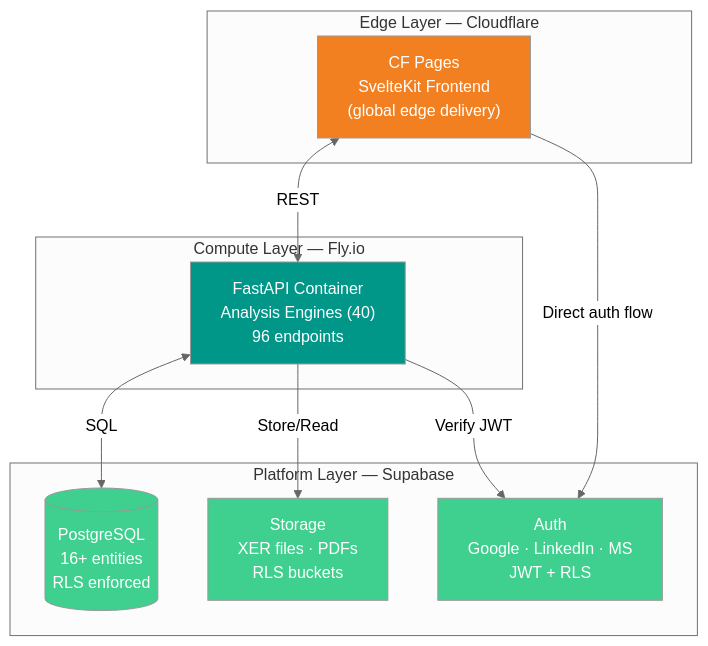
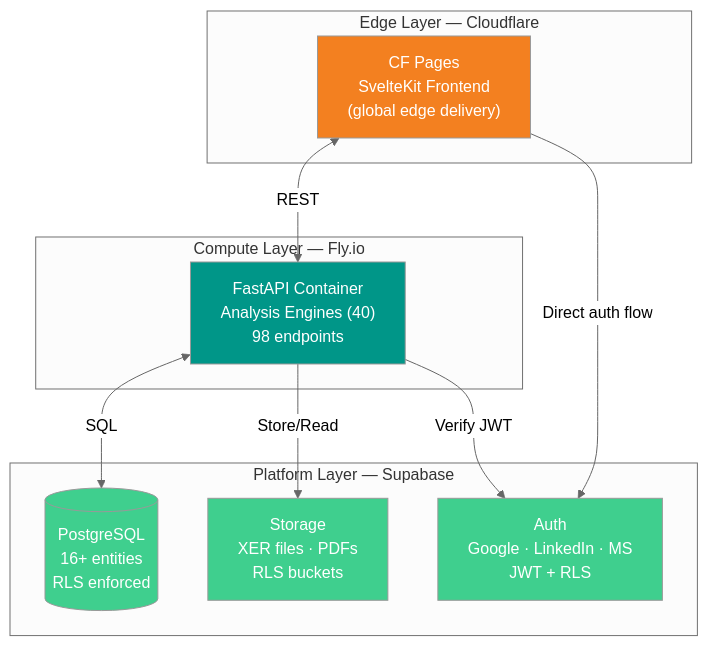
One commit to VitorMRodovalho/meridianiq changed the first of 2 diagrams in README.md. Above: the diagram before and after it, drawn with Mermaid (neutral theme). The commit also changed other lines of this file and 2 other files, not shown here.

````diff
--- a/README.md
+++ b/README.md
@@ -116,28 +116,28 @@
 ```mermaid
 graph TB
     subgraph "Edge Layer — Cloudflare"
         CF_PAGES["CF Pages<br/>SvelteKit Frontend<br/>(global edge delivery)"]
     end
 
     subgraph "Compute Layer — Fly.io"
-        FASTAPI["FastAPI Container<br/>Analysis Engines (40)<br/>96 endpoints"]
+        FASTAPI["FastAPI Container<br/>Analysis Engines (40)<br/>98 endpoints"]
     end
 
     subgraph "Platform Layer — Supabase"
         AUTH["Auth<br/>Google · LinkedIn · MS<br/>JWT + RLS"]
         DB[("PostgreSQL<br/>16+ entities<br/>RLS enforced")]
         STORAGE["Storage<br/>XER files · PDFs<br/>RLS buckets"]
     end
 
     CF_PAGES <-->|"REST"| FASTAPI
     FASTAPI <-->|"SQL"| DB
     FASTAPI -->|"Store/Read"| STORAGE
     FASTAPI -->|"Verify JWT"| AUTH
     CF_PAGES -->|"Direct auth flow"| AUTH
 
     style CF_PAGES fill:#F38020,color:#fff
     style FASTAPI fill:#009688,color:#fff
     style DB fill:#3FCF8E,color:#fff
     style AUTH fill:#3FCF8E,color:#fff
     style STORAGE fill:#3FCF8E,color:#fff
 ```
````
